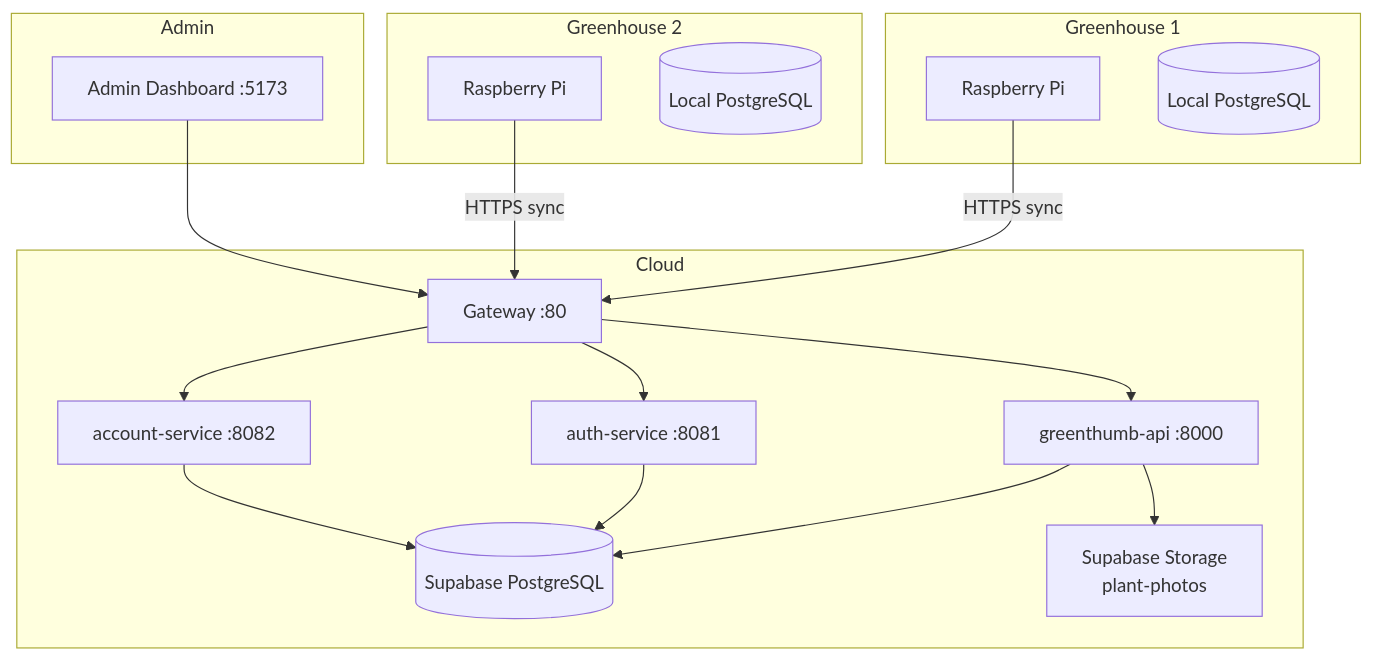
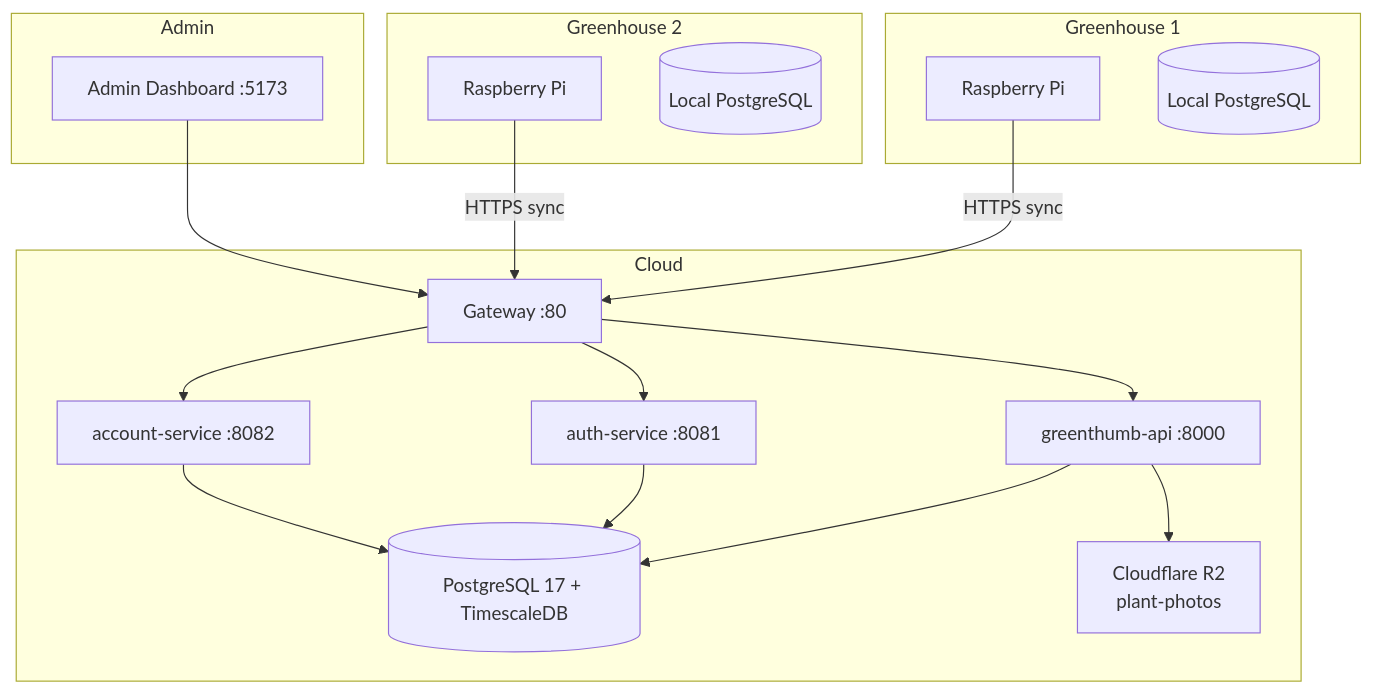
One commit to GreenThumbProject/docs changed the sixth of 6 diagrams in docs/architecture/diagrams.md. Above: the diagram before and after it, drawn with Mermaid. The commit also changed other lines of this file and 15 other files, not shown here.

````diff
--- a/docs/architecture/diagrams.md
+++ b/docs/architecture/diagrams.md
@@ -229,36 +229,36 @@
 ```mermaid
 graph TB
     subgraph "Greenhouse 1"
         RPI1[Raspberry Pi]
         DB1[(Local PostgreSQL)]
     end
 
     subgraph "Greenhouse 2"
         RPI2[Raspberry Pi]
         DB2[(Local PostgreSQL)]
     end
 
     subgraph "Cloud"
         GW[Gateway :80]
         GAPI[greenthumb-api :8000]
         AUTH[auth-service :8081]
         ACC[account-service :8082]
-        SUPDB[(Supabase PostgreSQL)]
-        SUPSTORAGE[Supabase Storage\nplant-photos]
+        SUPDB[(PostgreSQL 17 + TimescaleDB)]
+        SUPSTORAGE[Cloudflare R2\nplant-photos]
     end
 
     subgraph "Admin"
         ADMINDASH[Admin Dashboard :5173]
     end
 
     RPI1 -->|HTTPS sync| GW
     RPI2 -->|HTTPS sync| GW
     GW --> GAPI
     GW --> AUTH
     GW --> ACC
     GAPI --> SUPDB
     GAPI --> SUPSTORAGE
     AUTH --> SUPDB
     ACC --> SUPDB
     ADMINDASH --> GW
 ```
````
